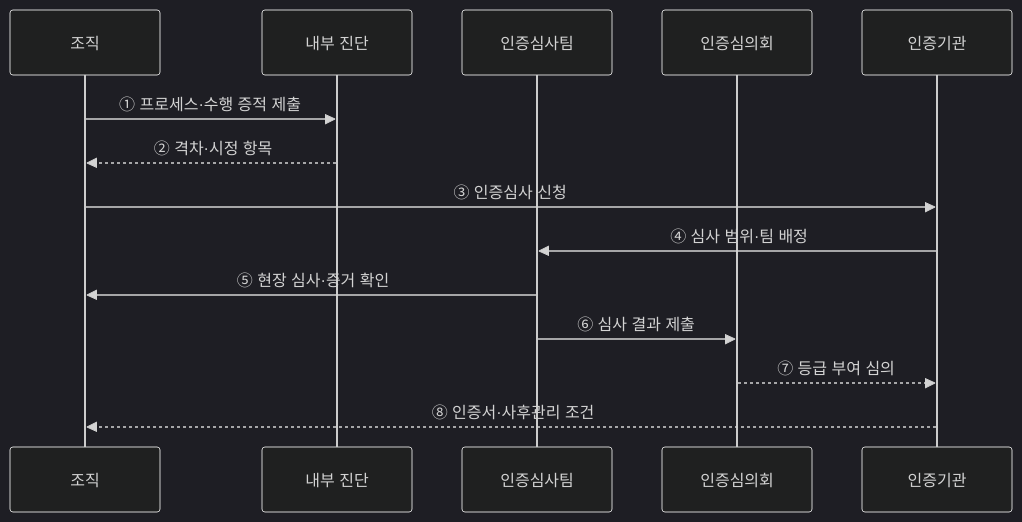
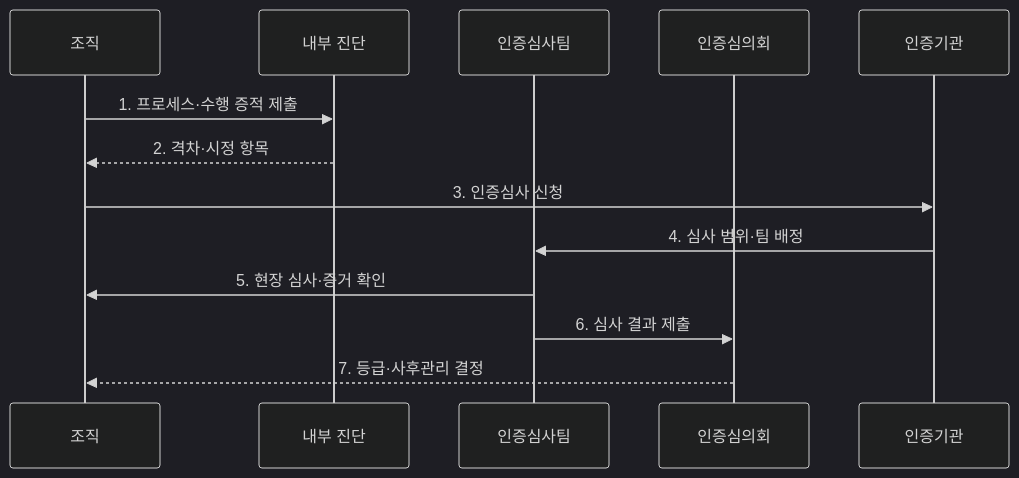
The second of 2 diagrams in src/content/docs/notes/03-software/080_sp_software_process_quality_certification.md (agnusdei1207/knowledge-base), drawn with Mermaid (dark theme) before and after one commit. The commit also changed other lines of this file and 20 other files, not shown here.

````diff
--- a/src/content/docs/notes/03-software/080_sp_software_process_quality_certification.md
+++ b/src/content/docs/notes/03-software/080_sp_software_process_quality_certification.md
@@ -71,16 +81,15 @@
 ```mermaid
 sequenceDiagram
     participant O as 조직
     participant D as 내부 진단
     participant A as 인증심사팀
     participant C as 인증심의회
     participant N as 인증기관
-    O->>D: ① 프로세스·수행 증적 제출
-    D-->>O: ② 격차·시정 항목
-    O->>N: ③ 인증심사 신청
-    N->>A: ④ 심사 범위·팀 배정
-    A->>O: ⑤ 현장 심사·증거 확인
-    A->>C: ⑥ 심사 결과 제출
-    C-->>N: ⑦ 등급 부여 심의
-    N-->>O: ⑧ 인증서·사후관리 조건
+    O->>D: 1. 프로세스·수행 증적 제출
+    D-->>O: 2. 격차·시정 항목
+    O->>N: 3. 인증심사 신청
+    N->>A: 4. 심사 범위·팀 배정
+    A->>O: 5. 현장 심사·증거 확인
+    A->>C: 6. 심사 결과 제출
+    C-->>O: 7. 등급·사후관리 결정
 ```
````
